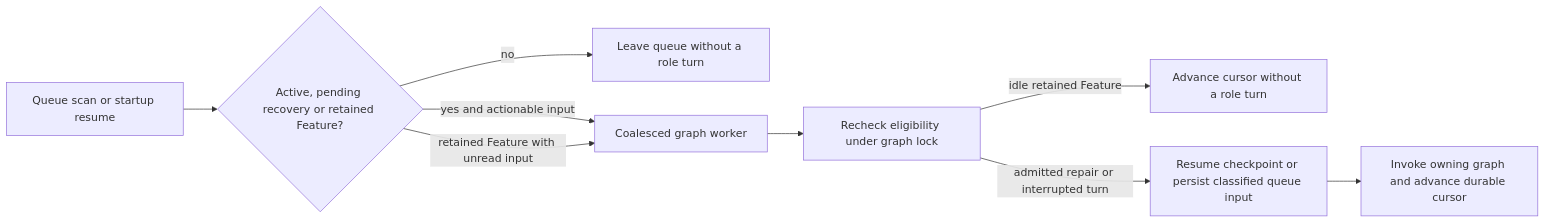
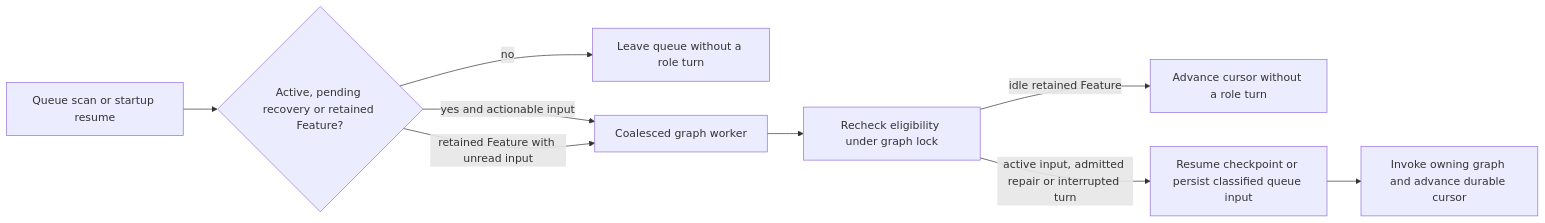
Before and after one commit to vincentc-b/CascadeCode: the third of 4 diagrams in cascade/workspace/DESIGN.md, drawn with Mermaid. The commit also changed 3 other files, not shown here.

Commit message:
docs: verify integrated Feature delivery architecture and record navigation evidence

````diff
--- a/cascade/workspace/DESIGN.md
+++ b/cascade/workspace/DESIGN.md
@@ -155,11 +155,11 @@
 ```mermaid
 flowchart LR
     Scan[Queue scan or startup resume] --> Eligible{Active, pending recovery or retained Feature?}
     Eligible -->|no| Retain[Leave queue without a role turn]
     Eligible -->|yes and actionable input| Schedule[Coalesced graph worker]
     Eligible -->|retained Feature with unread input| Schedule
     Schedule --> Recheck[Recheck eligibility under graph lock]
     Recheck -->|idle retained Feature| Cursor[Advance cursor without a role turn]
-    Recheck -->|admitted repair or interrupted turn| Resume[Resume checkpoint or persist classified queue input]
+    Recheck -->|active input, admitted repair or interrupted turn| Resume[Resume checkpoint or persist classified queue input]
     Resume --> Invoke[Invoke owning graph and advance durable cursor]
 ```
````
